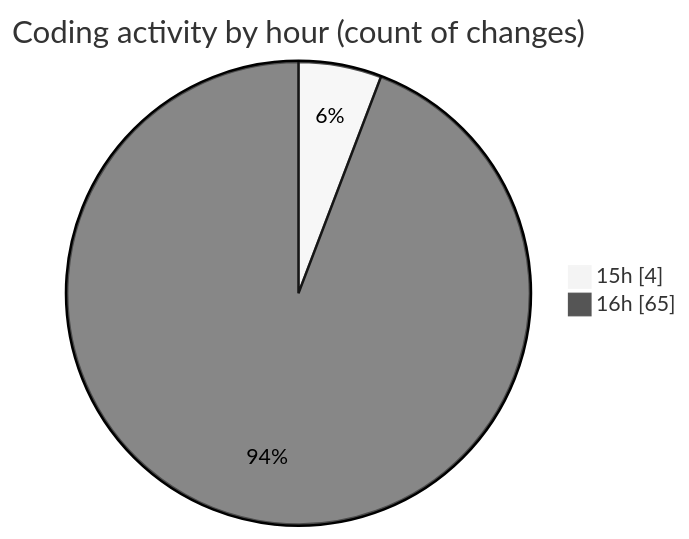
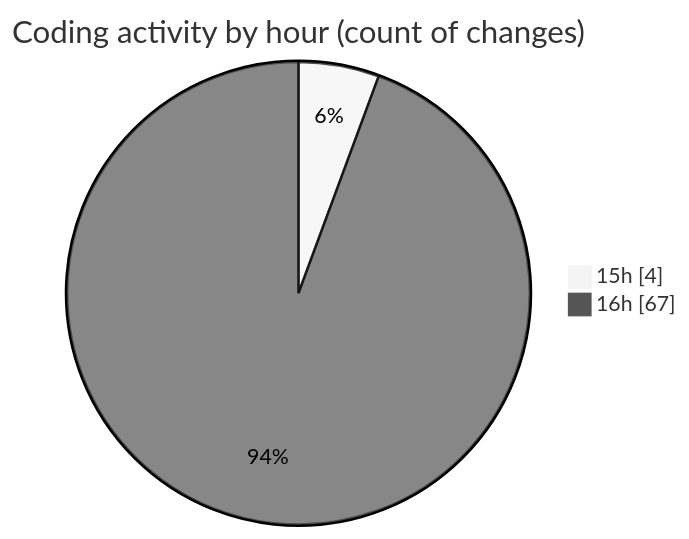
Before and after one commit to Ritupan-Deka/code-tracking: the second of 2 diagrams in 2025-05-26/zip_file/README.md, drawn with Mermaid (neutral theme). The commit also changed other lines of this file and 1 other file, not shown here.

````diff
--- a/2025-05-26/zip_file/README.md
+++ b/2025-05-26/zip_file/README.md
@@ -38,6 +38,6 @@
 ```mermaid
 pie showData
 title Coding activity by hour (count of changes)
 "15h" : 4
-"16h" : 65
+"16h" : 67
 ```
````
